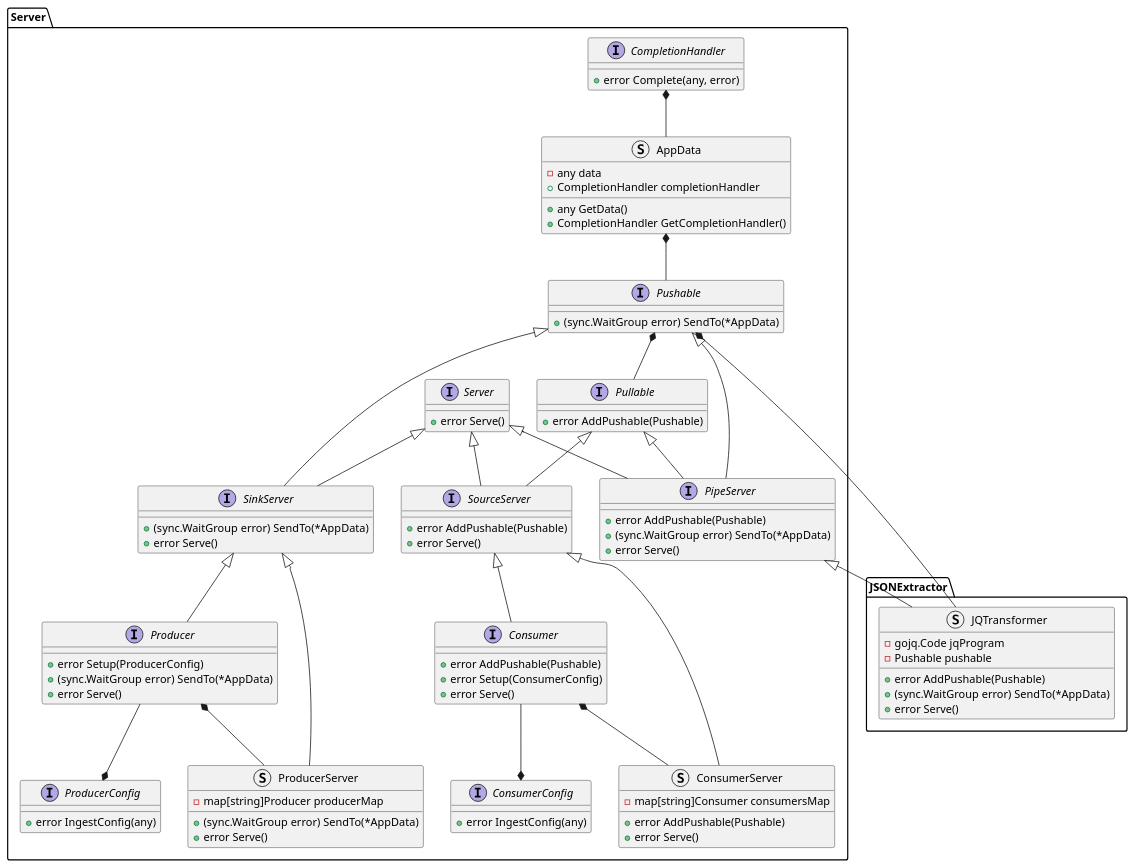
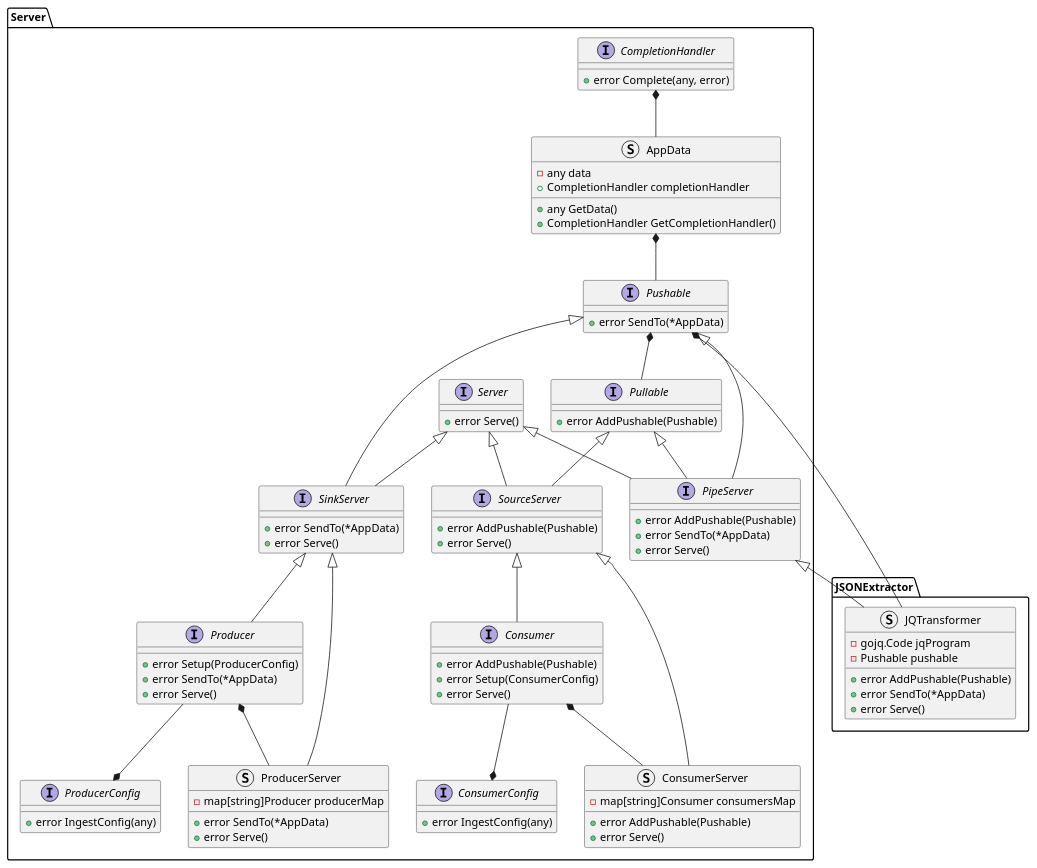
One commit to xtuml/otel2pv changed the diagram in docs/design_notes/DN1_JSON_Extractor/class_diagram.puml. Above: the diagram before and after it, drawn with PlantUML. The commit also changed 12 other files, not shown here.

First line of the commit message:
Cdsopv 64 update code inline with code architecture updates (#30)

```diff
--- a/docs/design_notes/DN1_JSON_Extractor/class_diagram.puml
+++ b/docs/design_notes/DN1_JSON_Extractor/class_diagram.puml
@@ -1,94 +1,94 @@
 @startuml
 namespace JSONExtractor {
     struct JQTransformer {
         -gojq.Code jqProgram
         -Pushable pushable
         +error AddPushable(Pushable)
-        +(sync.WaitGroup error) SendTo(*AppData)
+        +error SendTo(*AppData)
         +error Serve()
     }
 }
 namespace Server {
     interface CompletionHandler {
         +error Complete(any, error)
     }
     struct AppData {
         -any data
         +CompletionHandler completionHandler
         +any GetData()
         +CompletionHandler GetCompletionHandler()
     }
     interface Server {
         +error Serve()
     }
     interface Pullable {
         +error AddPushable(Pushable)
     }
     interface Pushable {
-        +(sync.WaitGroup error) SendTo(*AppData)
+        +error SendTo(*AppData)
     }
     interface SourceServer {
         +error AddPushable(Pushable)
         +error Serve()
     }
     interface SinkServer {
-        +(sync.WaitGroup error) SendTo(*AppData)
+        +error SendTo(*AppData)
         +error Serve()
     }
     interface PipeServer {
         +error AddPushable(Pushable)
-        +(sync.WaitGroup error) SendTo(*AppData)
+        +error SendTo(*AppData)
         +error Serve()
     }
     interface Producer {
         +error Setup(ProducerConfig)
-        +(sync.WaitGroup error) SendTo(*AppData)
+        +error SendTo(*AppData)
         +error Serve()
     }
     interface Consumer {
         +error AddPushable(Pushable)
         +error Setup(ConsumerConfig)
         +error Serve()
     }
     struct ProducerServer {
         -map[string]Producer producerMap
-        +(sync.WaitGroup error) SendTo(*AppData)
+        +error SendTo(*AppData)
         +error Serve()
     }
     struct ConsumerServer {
         -map[string]Consumer consumersMap
         +error AddPushable(Pushable)
         +error Serve()
     }
     interface ProducerConfig {
         +error IngestConfig(any)
     }
     interface ConsumerConfig {
         +error IngestConfig(any)
     }
 }
 Server.CompletionHandler *-- Server.AppData
 Server.AppData *-- Server.Pushable
 Server.Server <|-- Server.SourceServer
 Server.Pushable *-- Server.Pullable
 Server.Pullable <|-- Server.SourceServer
 Server.Server <|-- Server.SinkServer
 Server.Pushable <|-- Server.SinkServer
 Server.Pushable <|-- Server.PipeServer
 Server.Pullable <|-- Server.PipeServer
 Server.Server <|-- Server.PipeServer
 
 Server.SinkServer <|-- Server.Producer
 Server.Producer *-- Server.ProducerServer
 Server.SinkServer <|-- Server.ProducerServer
 Server.SourceServer <|-- Server.ConsumerServer
 Server.Consumer *-- Server.ConsumerServer
 Server.SourceServer <|-- Server.Consumer
 
 Server.PipeServer <|-- JSONExtractor.JQTransformer
 Server.Pushable *-- JSONExtractor.JQTransformer
 
 
 Server.ConsumerConfig *-up- Server.Consumer
 Server.ProducerConfig *-up- Server.Producer
 @enduml
```
